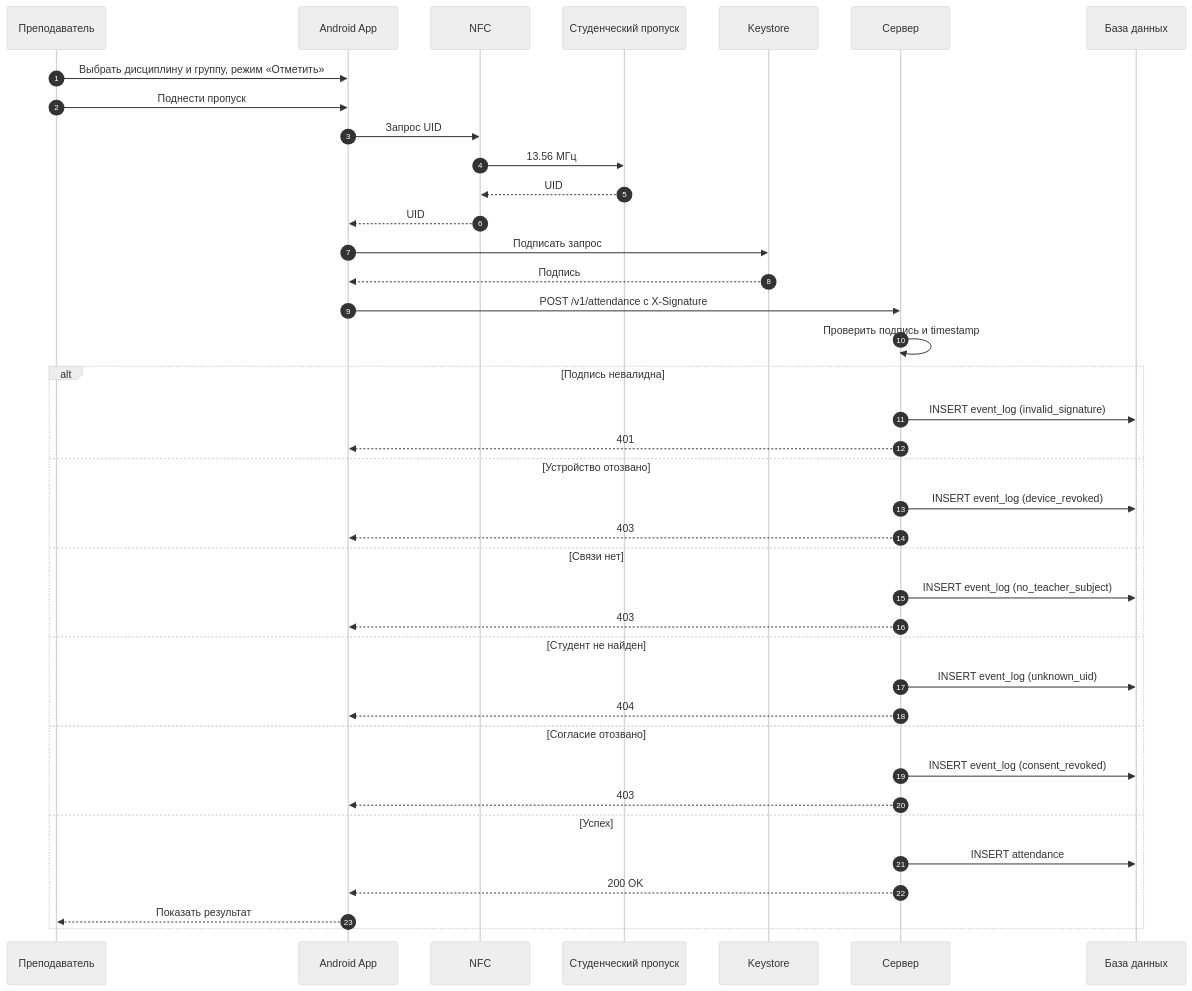
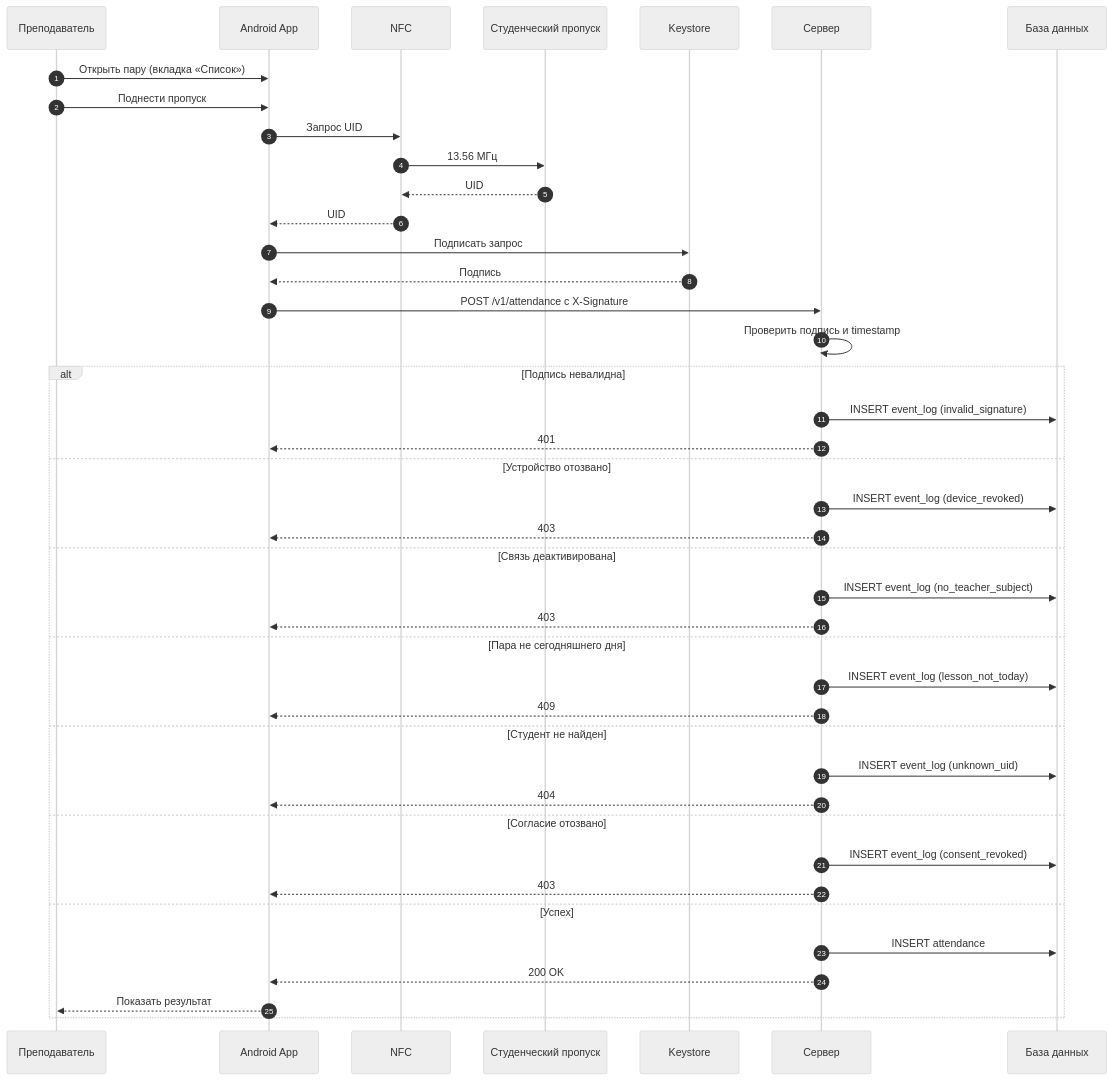
The ninth of 13 diagrams in docs/concept.md (SP4CEVI/iasu-2.0), drawn with Mermaid (neutral theme) before and after one commit. The commit also changed other lines of this file, not shown here.

````diff
--- a/docs/concept.md
+++ b/docs/concept.md
@@ -1131,42 +1326,45 @@
 ```mermaid
 sequenceDiagram
     autonumber
     participant Teacher as Преподаватель
     participant App as Android App
     participant NFC as NFC
     participant Card as Студенческий пропуск
     participant KS as Keystore
     participant API as Сервер
     participant DB as База данных
 
-    Teacher->>App: Выбрать дисциплину и группу, режим «Отметить»
+    Teacher->>App: Открыть пару (вкладка «Список»)
     Teacher->>App: Поднести пропуск
     App->>NFC: Запрос UID
     NFC->>Card: 13.56 МГц
     Card-->>NFC: UID
     NFC-->>App: UID
     App->>KS: Подписать запрос
     KS-->>App: Подпись
     App->>API: POST /v1/attendance с X-Signature
     API->>API: Проверить подпись и timestamp
     alt Подпись невалидна
         API->>DB: INSERT event_log (invalid_signature)
         API-->>App: 401
     else Устройство отозвано
         API->>DB: INSERT event_log (device_revoked)
         API-->>App: 403
-    else Связи нет
+    else Связь деактивирована
         API->>DB: INSERT event_log (no_teacher_subject)
         API-->>App: 403
+    else Пара не сегодняшнего дня
+        API->>DB: INSERT event_log (lesson_not_today)
+        API-->>App: 409
     else Студент не найден
         API->>DB: INSERT event_log (unknown_uid)
         API-->>App: 404
     else Согласие отозвано
         API->>DB: INSERT event_log (consent_revoked)
         API-->>App: 403
     else Успех
         API->>DB: INSERT attendance
         API-->>App: 200 OK
         App-->>Teacher: Показать результат
     end
 ```
````
